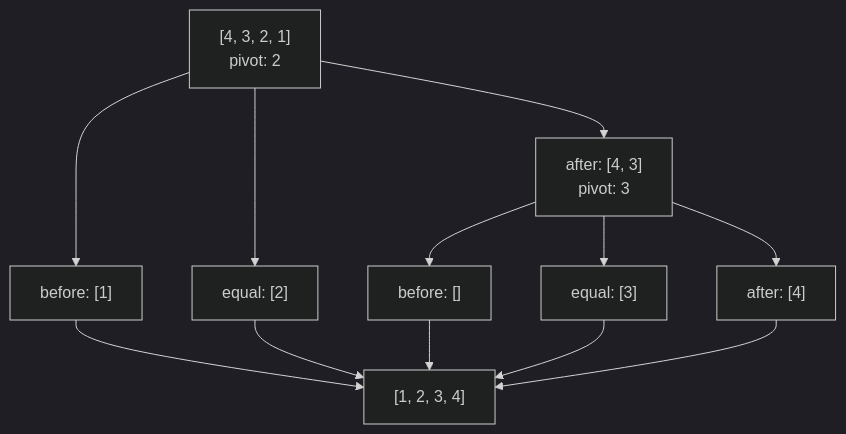
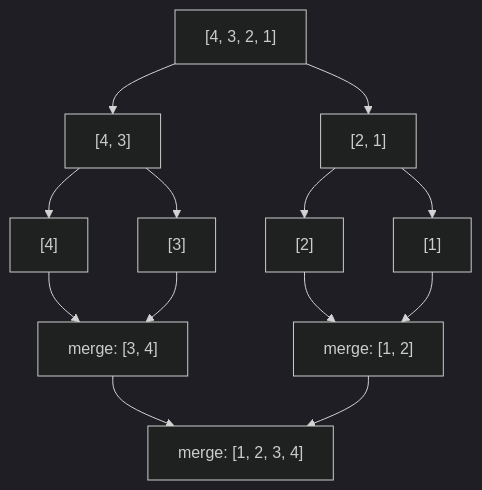
Before and after one commit to mintlify-demo/docs: the diagram in merge-sort-api/guides/how-it-works.mdx, drawn with Mermaid (dark theme). The commit also changed other lines of this file and 14 other files, not shown here.

````diff
--- a/merge-sort-api/guides/how-it-works.mdx
+++ b/merge-sort-api/guides/how-it-works.mdx
@@ -17,14 +11,15 @@
 ```mermaid
 flowchart TD
-    A["[4, 3, 2, 1]<br/>pivot: 2"] --> B["before: [1]"]
-    A --> C["equal: [2]"]
-    A --> D["after: [4, 3]<br/>pivot: 3"]
-    D --> E["before: []"]
-    D --> F["equal: [3]"]
-    D --> G["after: [4]"]
-    B --> H["[1, 2, 3, 4]"]
-    C --> H
+    A["[4, 3, 2, 1]"] --> B["[4, 3]"]
+    A --> C["[2, 1]"]
+    B --> D["[4]"]
+    B --> E["[3]"]
+    C --> F["[2]"]
+    C --> G["[1]"]
+    D --> H["merge: [3, 4]"]
     E --> H
-    F --> H
-    G --> H
+    F --> I["merge: [1, 2]"]
+    G --> I
+    H --> J["merge: [1, 2, 3, 4]"]
+    I --> J
 ```
````
